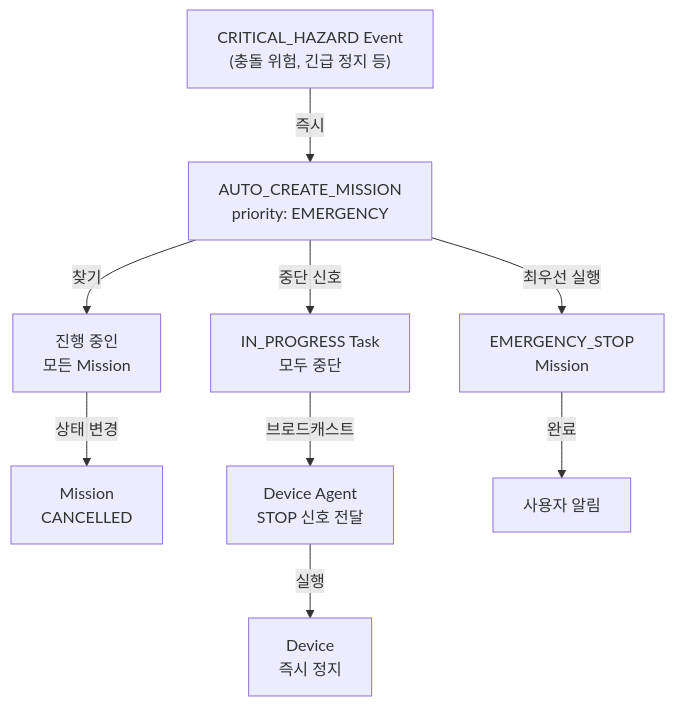
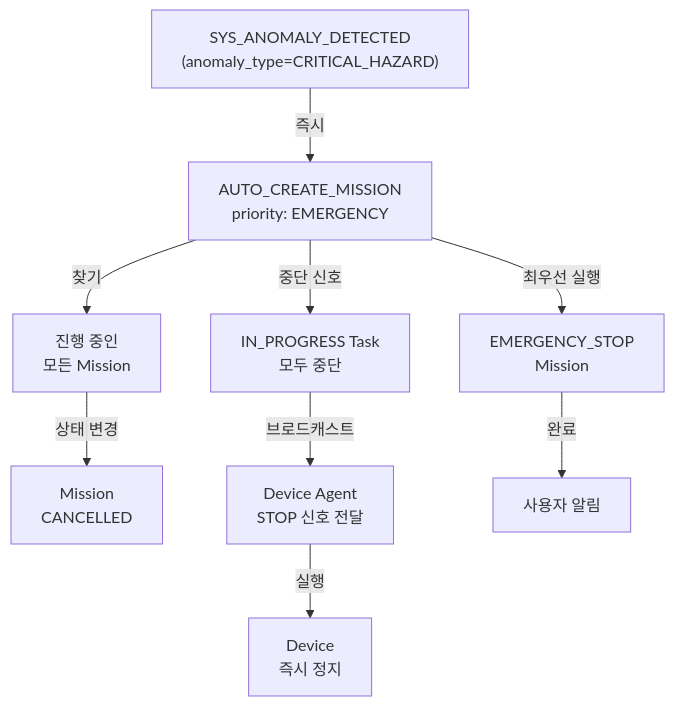
One commit to haeun-yu/CoWater changed the diagram in docs/scenarios/exceptions.md. Above: the diagram before and after it, drawn with Mermaid. The commit also changed other lines of this file and 28 other files, not shown here.

````diff
--- a/docs/scenarios/exceptions.md
+++ b/docs/scenarios/exceptions.md
@@ -442,11 +450,11 @@
 ```mermaid
 graph TD
-    A["CRITICAL_HAZARD Event<br/>(충돌 위험, 긴급 정지 등)"] -->|즉시| B["AUTO_CREATE_MISSION<br/>priority: EMERGENCY"]
+    A["SYS_ANOMALY_DETECTED<br/>(anomaly_type=CRITICAL_HAZARD)"] -->|즉시| B["AUTO_CREATE_MISSION<br/>priority: EMERGENCY"]
     B -->|찾기| C["진행 중인<br/>모든 Mission"]
     C -->|상태 변경| D["Mission<br/>CANCELLED"]
     B -->|중단 신호| E["IN_PROGRESS Task<br/>모두 중단"]
     E -->|브로드캐스트| F["Device Agent<br/>STOP 신호 전달"]
     F -->|실행| G["Device<br/>즉시 정지"]
     B -->|최우선 실행| H["EMERGENCY_STOP<br/>Mission"]
     H -->|완료| I["사용자 알림"]
 ```
````
